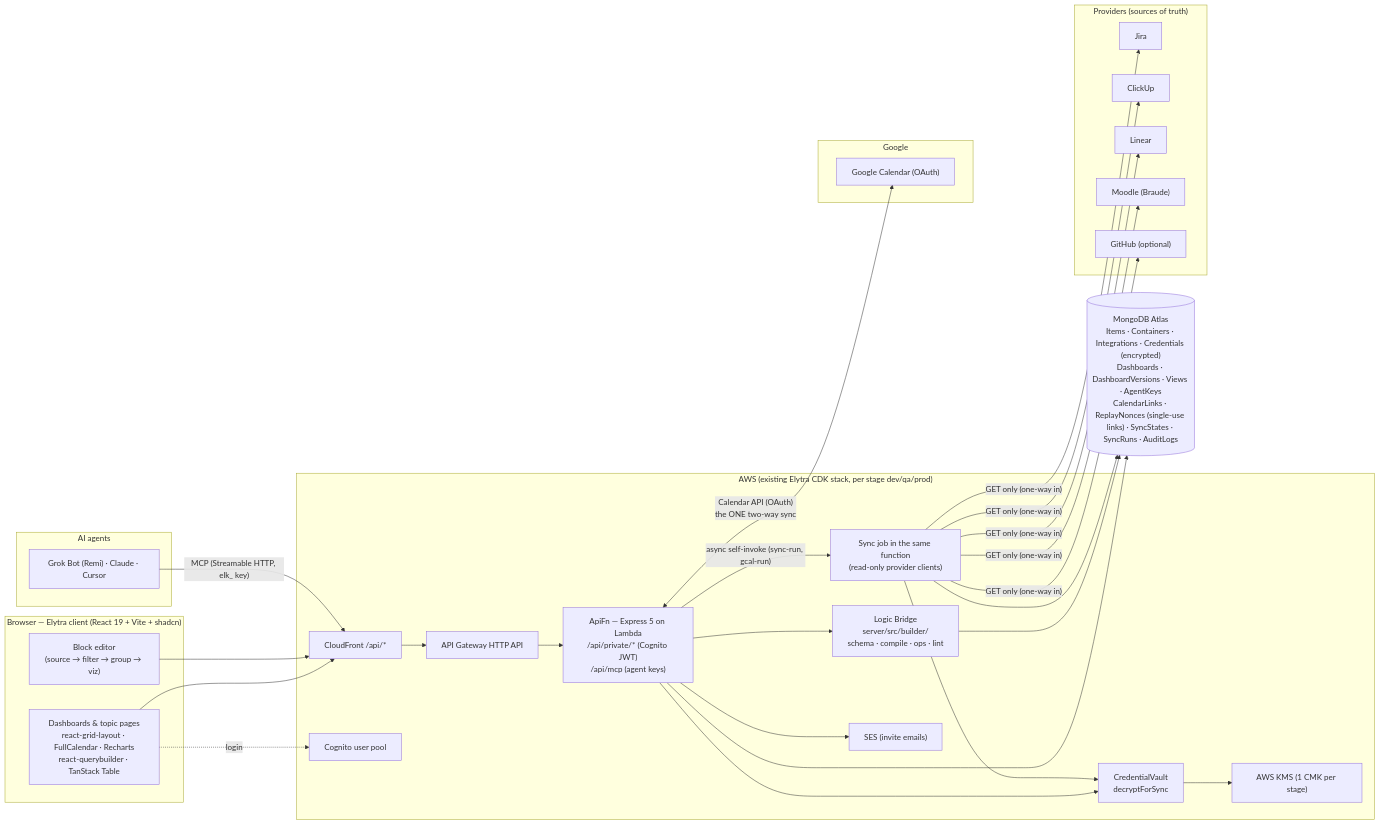
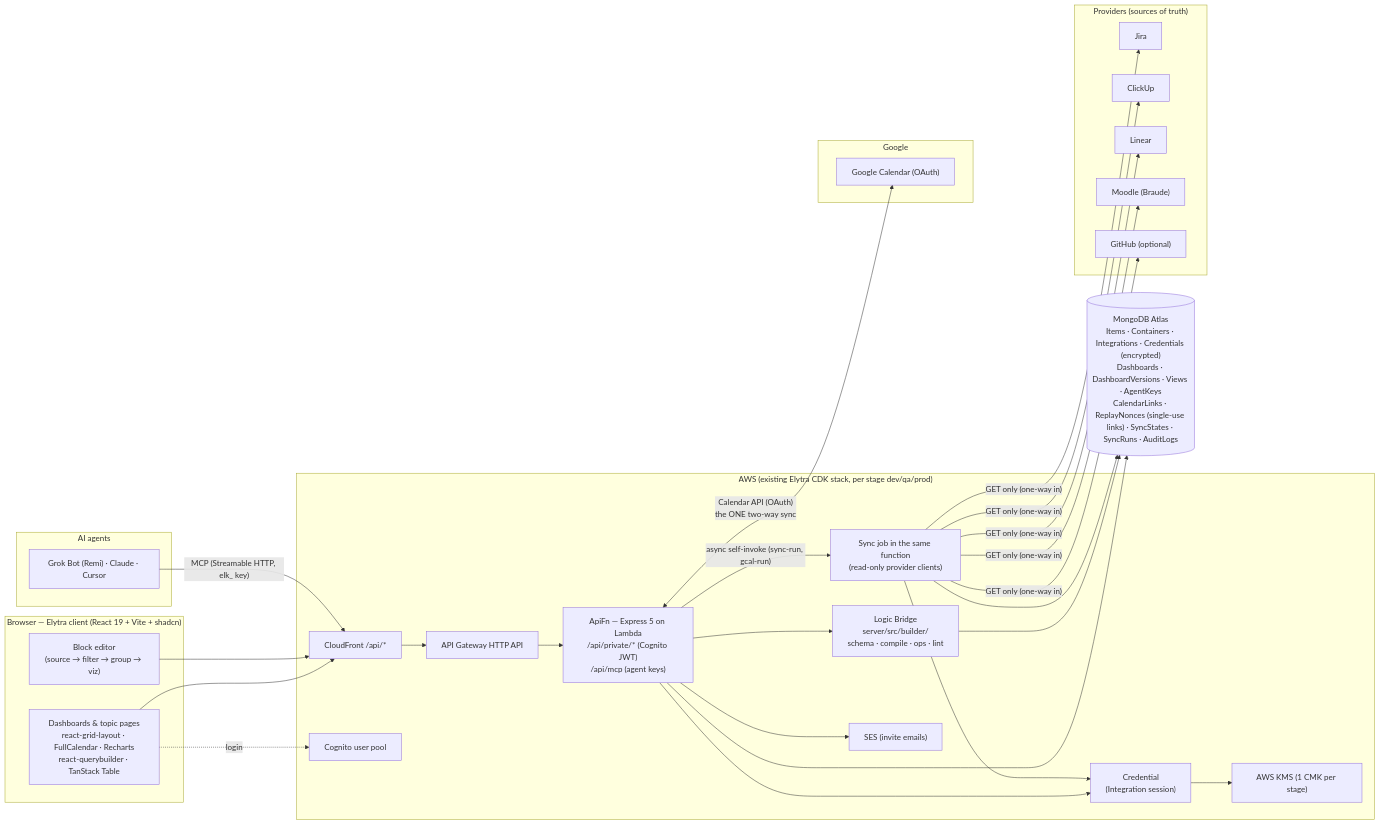
One commit to shalev396/ToDoList changed the first of 3 diagrams in docs/dashboard/OVERVIEW.md. Above: the diagram before and after it, drawn with Mermaid. The commit also changed other lines of this file and 3 other files, not shown here.

Commit message:
docs: vault references name the Credential class

````diff
--- a/docs/dashboard/OVERVIEW.md
+++ b/docs/dashboard/OVERVIEW.md
@@ -16,43 +16,43 @@
 ```mermaid
 flowchart LR
   subgraph Client["Browser — Elytra client (React 19 + Vite + shadcn)"]
     UI["Dashboards & topic pages<br/>react-grid-layout · FullCalendar · Recharts<br/>react-querybuilder · TanStack Table"]
     ED["Block editor<br/>(source → filter → group → viz)"]
   end
 
   subgraph Agents["AI agents"]
     AG["Grok Bot (Remi) · Claude · Cursor"]
   end
 
   subgraph AWS["AWS (existing Elytra CDK stack, per stage dev/qa/prod)"]
     CF["CloudFront /api/*"] --> APIGW["API Gateway HTTP API"]
     APIGW --> API["ApiFn — Express 5 on Lambda<br/>/api/private/* (Cognito JWT)<br/>/api/mcp (agent keys)"]
     API --> LB["Logic Bridge<br/>server/src/builder/<br/>schema · compile · ops · lint"]
-    API --> VAULT["CredentialVault<br/>decryptForSync"]
+    API --> VAULT["Credential<br/>(Integration session)"]
     API -->|"async self-invoke (sync-run, gcal-run)"| W["Sync job in the same function<br/>(read-only provider clients)"]
     W --> VAULT
     API --> SES["SES (invite emails)"]
     KMS["AWS KMS (1 CMK per stage)"]
     VAULT --> KMS
     COG["Cognito user pool"]
   end
 
   DB[("MongoDB Atlas<br/>Items · Containers · Integrations · Credentials (encrypted)<br/>Dashboards · DashboardVersions · Views · AgentKeys<br/>CalendarLinks · ReplayNonces (single-use links) · SyncStates · SyncRuns · AuditLogs")]
 
   subgraph Providers["Providers (sources of truth)"]
     JIRA["Jira"]; CU["ClickUp"]; LIN["Linear"]; MOO["Moodle (Braude)"]; GH["GitHub (optional)"]
   end
   subgraph Google["Google"]
     GCAL["Google Calendar (OAuth)"]
   end
 
   UI --> CF
   ED --> CF
   AG -->|"MCP (Streamable HTTP, elk_ key)"| CF
   UI -. login .-> COG
   API --> DB
   LB --> DB
   W --> DB
   W -->|"GET only (one-way in)"| JIRA & CU & LIN & MOO & GH
   API <-->|"Calendar API (OAuth)<br/>the ONE two-way sync"| GCAL
 ```
````
